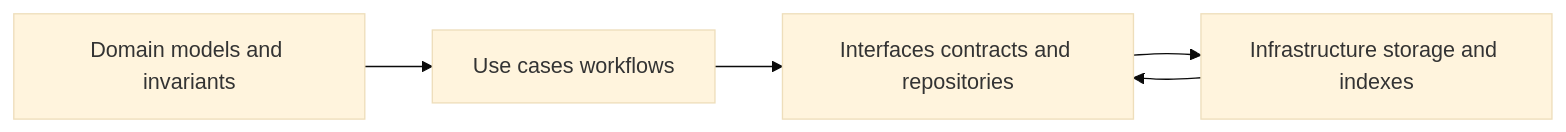
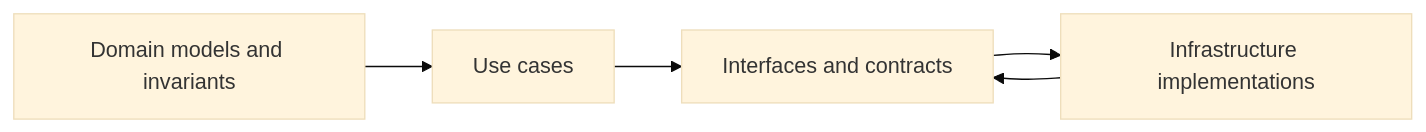
The first of 2 diagrams in docs/domains/README.md (bartytime4life/Kansas-Frontier-Matrix), drawn with Mermaid (base theme) before and after one commit. The commit also changed other lines of this file, not shown here.

````diff
--- a/docs/domains/README.md
+++ b/docs/domains/README.md
@@ -91,7 +154,7 @@
 ```mermaid
 flowchart LR
-  A[Domain models and invariants] --> B[Use cases workflows]
-  B --> C[Interfaces contracts and repositories]
-  C --> D[Infrastructure storage and indexes]
+  A[Domain models and invariants] --> B[Use cases]
+  B --> C[Interfaces and contracts]
+  C --> D[Infrastructure implementations]
   D --> C
 ```
````
